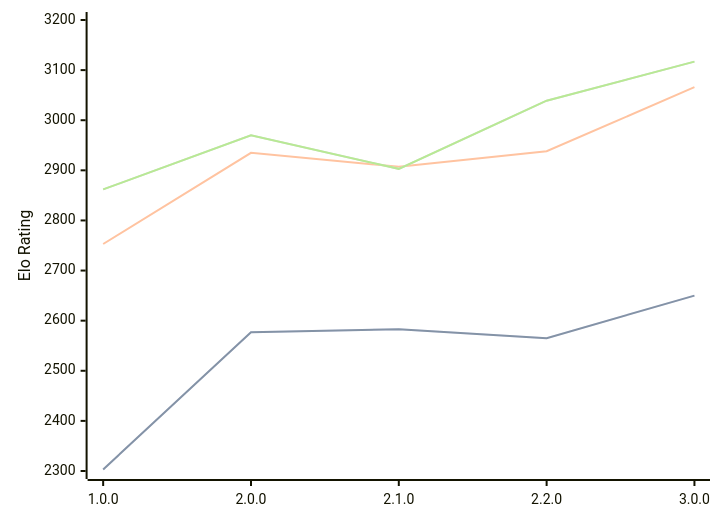
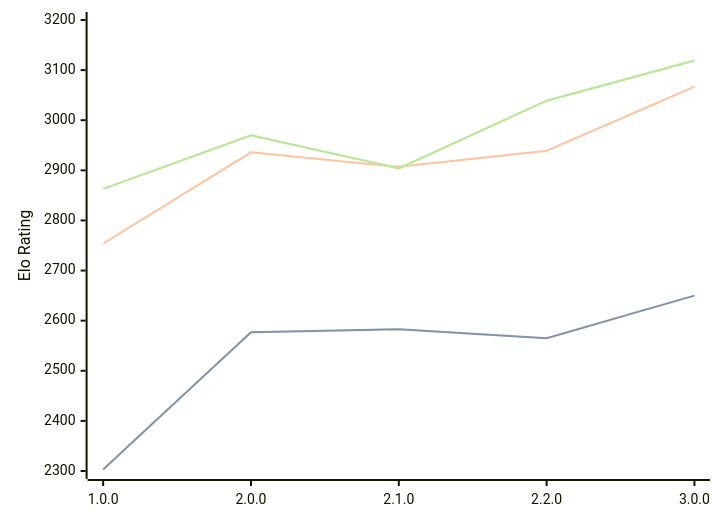
Before and after one commit to computer-chess-index/cci: the first of 3 diagrams in engines/Catalyst.md, drawn with Mermaid. The commit also changed other lines of this file, not shown here.

Commit message:
Update CCI Ratings (ELO VLTC) - 2026-06-21

````diff
--- a/engines/Catalyst.md
+++ b/engines/Catalyst.md
@@ -35,11 +35,11 @@
 ```mermaid
 %%{init: {"theme":"base","themeVariables":{"seriesColors:['#a3a3a3','#222221','#faa371']}}}%%
 xychart-beta
   x-axis ["1.0.0", "2.0.0", "2.1.0", "2.2.0", "3.0.0"]
   y-axis "Elo Rating" 2300 --> 3200
   line "STC (8.0+0.08s)" [2303, 2577, 2583, 2565, 2650]
   line "STC (8.0+0.08s)" [2303, 2577, 2583, 2565, 2650]
-  line "LTC (60.0+0.60s)" [2753, 2935, 2907, 2938, 3066]
-  line "VLTC (2m24s+1.12s)" [2862, 2970, 2903, 3039, 3117]
-  line "VLTC (2m24s+1.12s)" [2862, 2970, 2903, 3039, 3117]
+  line "LTC (60.0+0.60s)" [2754, 2936, 2907, 2939, 3067]
+  line "VLTC (2m24s+1.12s)" [2863, 2970, 2904, 3039, 3119]
+  line "VLTC (2m24s+1.12s)" [2863, 2970, 2904, 3039, 3119]
 ```
````
